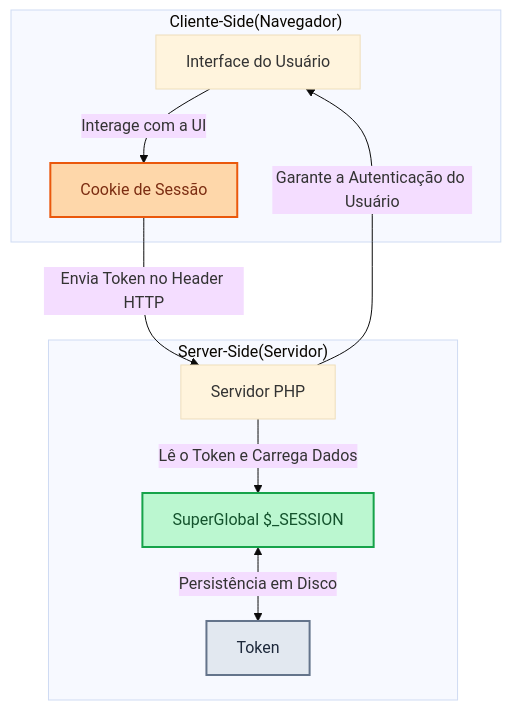
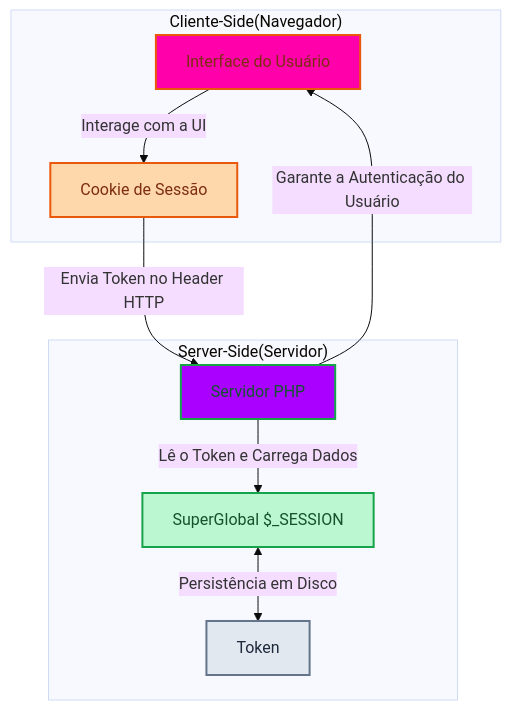
Before and after one commit to Llllggcctrc/nBackEnd: diagram 17 of 28 in PHP/README.md, drawn with Mermaid (base theme). The commit also changed other lines of this file and 1 other file, not shown here.

````diff
--- a/PHP/README.md
+++ b/PHP/README.md
@@ -1529,23 +1533,26 @@
 ```mermaid
 flowchart
     subgraph Cliente ["Cliente-Side(Navegador)"]
         cliente["Interface do Usuário"]
         cookie["Cookie de Sessão"]
     end
 
     subgraph Servidor ["Server-Side(Servidor)"]
         servidor["Servidor PHP"]
         memoria["SuperGlobal $_SESSION"]
         disco["Token"]
     end
 
     cliente -->|"Interage com a UI"| cookie
     cookie --> |"Envia Token no Header HTTP"| servidor
     servidor -->|"Lê o Token e Carrega Dados"| memoria
     memoria <-->|"Persistência em Disco"| disco
     servidor -->|"Garante a Autenticação do Usuário"| cliente
 
-        style cookie fill:#fed7aa,stroke:#ea580c,stroke-width:2px,color:#7c2d12
+    style cliente fill:#ff00aa,stroke:#ea580c,stroke-width:2px,color:#7c2d12
+    style cookie fill:#fed7aa,stroke:#ea580c,stroke-width:2px,color:#7c2d12
+    style servidor fill:#aa00ff,stroke:#16a34a,stroke-width:2px,color:#14532d
     style memoria fill:#bbf7d0,stroke:#16a34a,stroke-width:2px,color:#14532d
     style disco fill:#e2e8f0,stroke:#64748b,stroke-width:2px,color:#1e293b   
+
 ```
````
